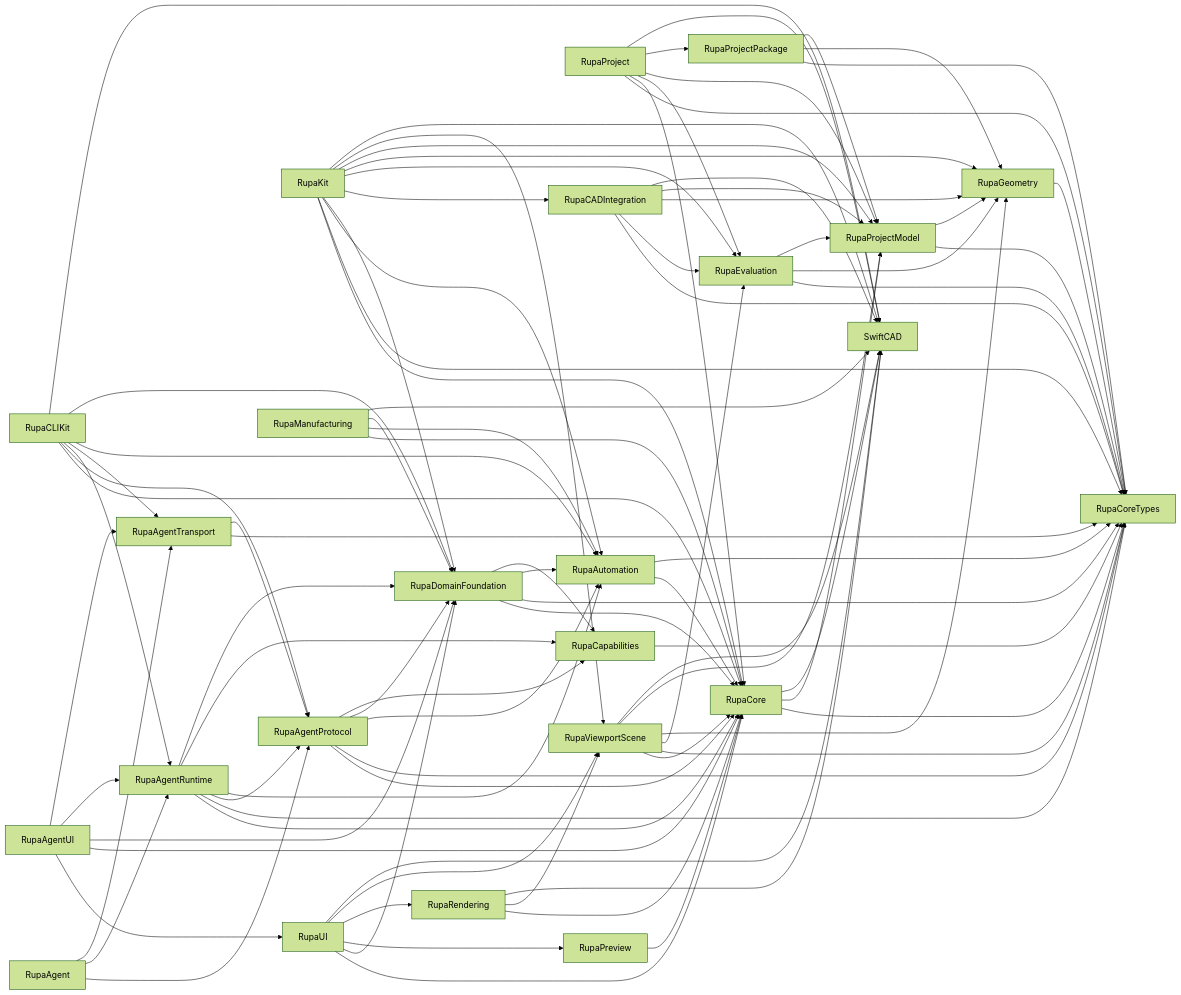
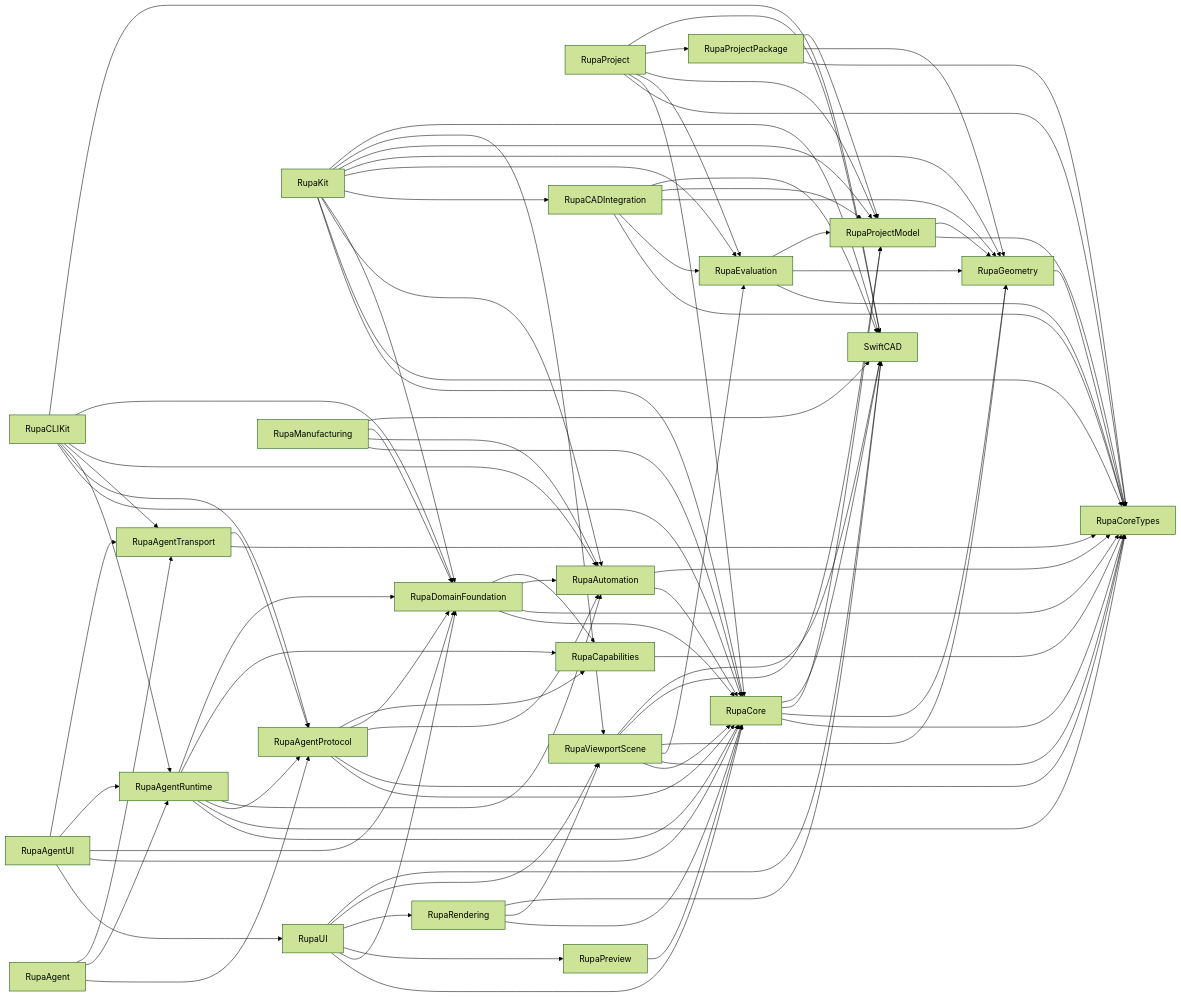
One commit to 1amageek/Rupa changed the first of 3 diagrams in RupaKit/ARCHITECTURE.md. Above: the diagram before and after it, drawn with Mermaid (forest theme). The commit also changed other lines of this file and 22 other files, not shown here.

```diff
--- a/RupaKit/ARCHITECTURE.md
+++ b/RupaKit/ARCHITECTURE.md
@@ -31,6 +31,7 @@
     Project --> ProjectPackage
     Project --> SwiftCAD
     Core[RupaCore] --> CoreTypes
+    Core --> Geometry
     Core --> ProjectModel
     Core --> SwiftCAD[SwiftCAD]
     CADIntegration[RupaCADIntegration] --> CoreTypes
```
